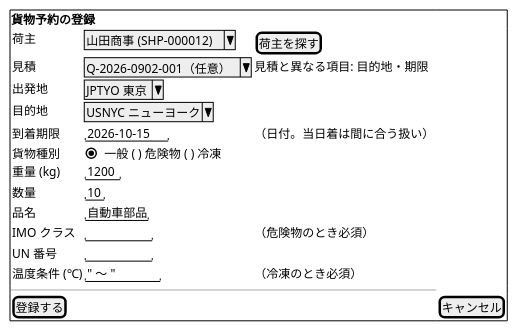
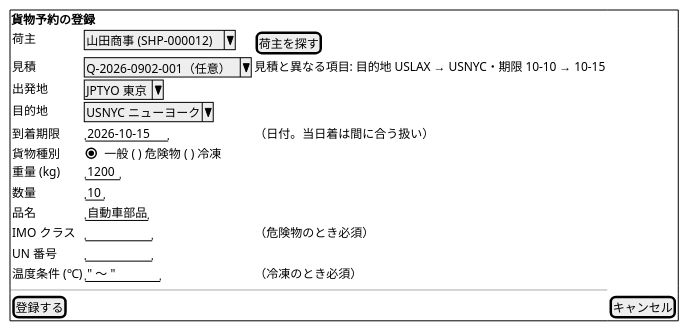
One commit to k2works/case-study-cargo-tracker changed the sixth of 20 diagrams in docs/design/cargo-tracker/ui_design.md. Above: the diagram before and after it, drawn with PlantUML. The commit also changed other lines of this file and 18 other files, not shown here.

````diff
--- a/docs/design/cargo-tracker/ui_design.md
+++ b/docs/design/cargo-tracker/ui_design.md
@@ -319,23 +410,23 @@
 ```plantuml
 @startsalt
 {+
   <b>貨物予約の登録
   {
     荷主 | ^山田商事 (SHP-000012)^ | [荷主を探す]
-    見積 | ^Q-2026-0902-001（任意）^ | 見積と異なる項目: 目的地・期限
+    見積 | ^Q-2026-0902-001（任意）^ | 見積と異なる項目: 目的地 USLAX → USNYC・期限 10-10 → 10-15
     出発地 | ^JPTYO 東京^
     目的地 | ^USNYC ニューヨーク^
     到着期限 | "2026-10-15" | （日付。当日着は間に合う扱い）
     貨物種別 | (X) 一般 ( ) 危険物 ( ) 冷凍
     重量 (kg) | "1200"
     数量 | "10"
     品名 | "自動車部品"
     IMO クラス | "        " | （危険物のとき必須）
     UN 番号 | "        "
     温度条件 (℃) | "  " 〜 "  " | （冷凍のとき必須）
   }
   ---
   [登録する] | [キャンセル]
 }
 @endsalt
 ```
````
